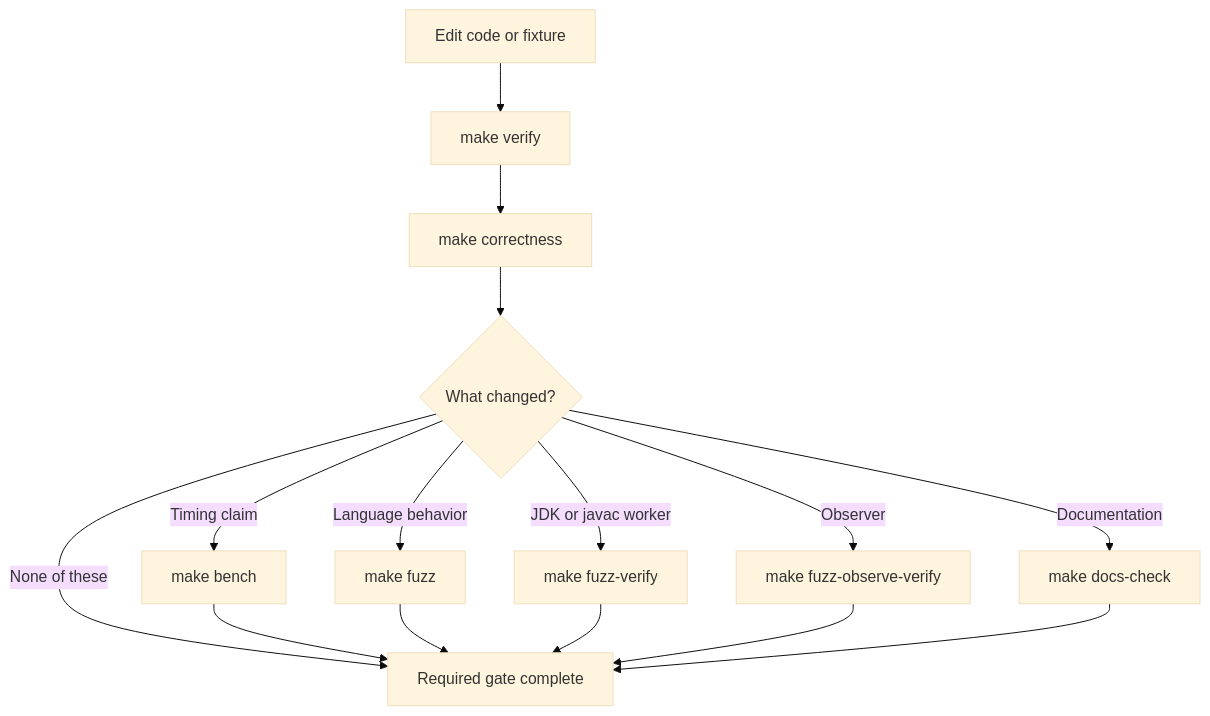
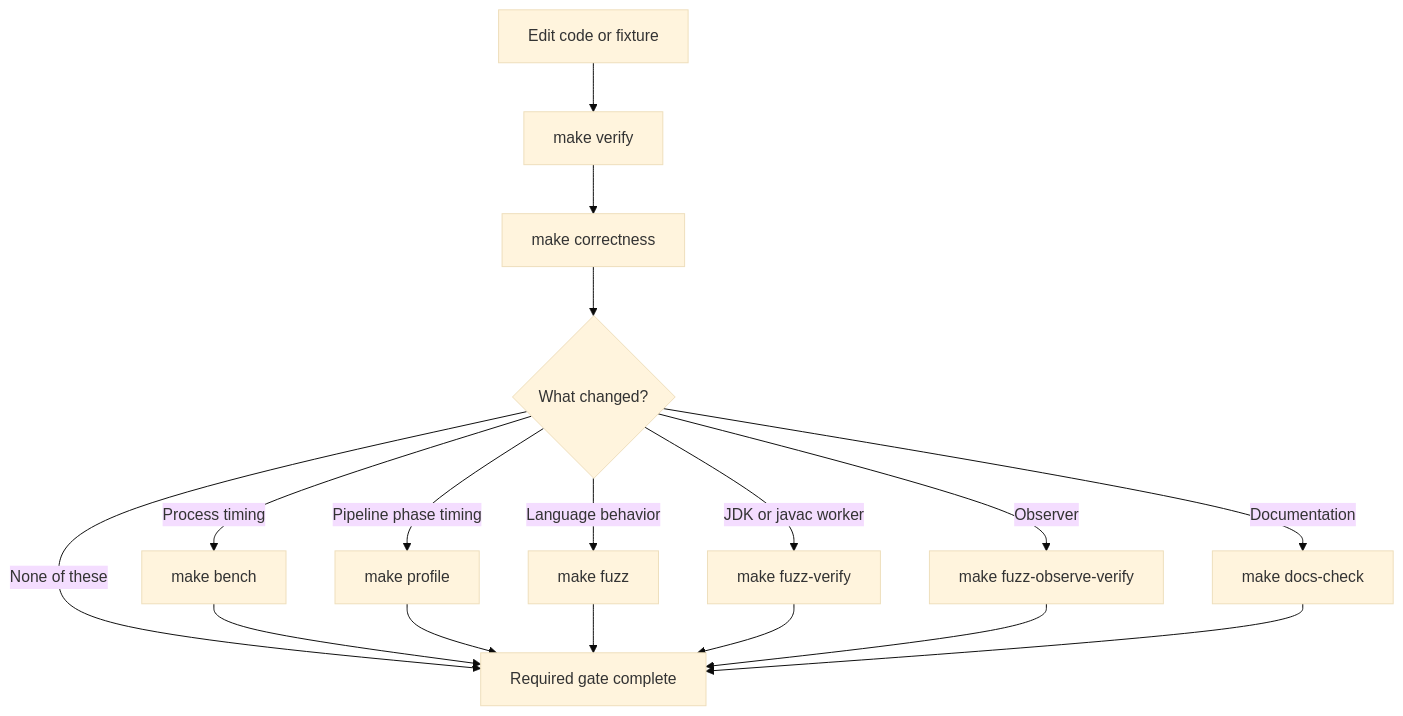
The diagram in docs/src/tooling/command-surface.md (VitorNathanG/njavac), drawn with Mermaid (base theme) before and after one commit. The commit also changed other lines of this file and 13 other files, not shown here.

````diff
--- a/docs/src/tooling/command-surface.md
+++ b/docs/src/tooling/command-surface.md
@@ -13,17 +13,19 @@
 ```mermaid
 flowchart TD
     Edit[Edit code or fixture] --> Fast[make verify]
     Fast --> Fresh[make correctness]
     Fresh --> Kind{What changed?}
-    Kind -->|Timing claim| Bench[make bench]
+    Kind -->|Process timing| Bench[make bench]
+    Kind -->|Pipeline phase timing| Profile[make profile]
     Kind -->|Language behavior| Fuzz[make fuzz]
     Kind -->|JDK or javac worker| Worker[make fuzz-verify]
     Kind -->|Observer| Observer[make fuzz-observe-verify]
     Kind -->|Documentation| Docs[make docs-check]
     Kind -->|None of these| Complete[Required gate complete]
     Bench --> Complete
+    Profile --> Complete
     Fuzz --> Complete
     Worker --> Complete
     Observer --> Complete
     Docs --> Complete
 ```
````
